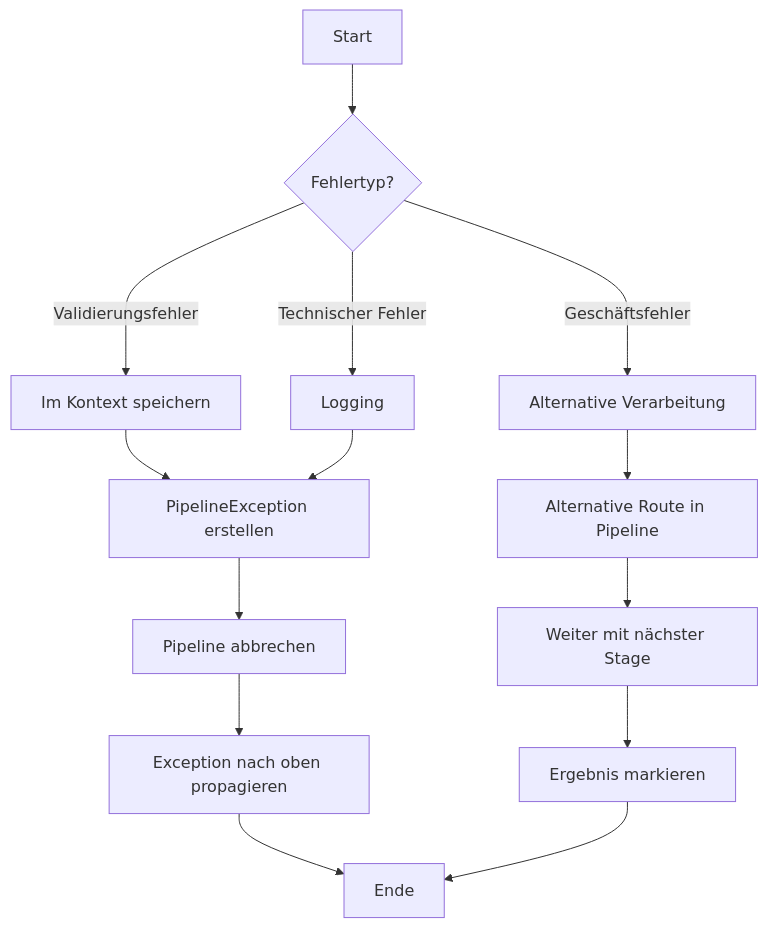
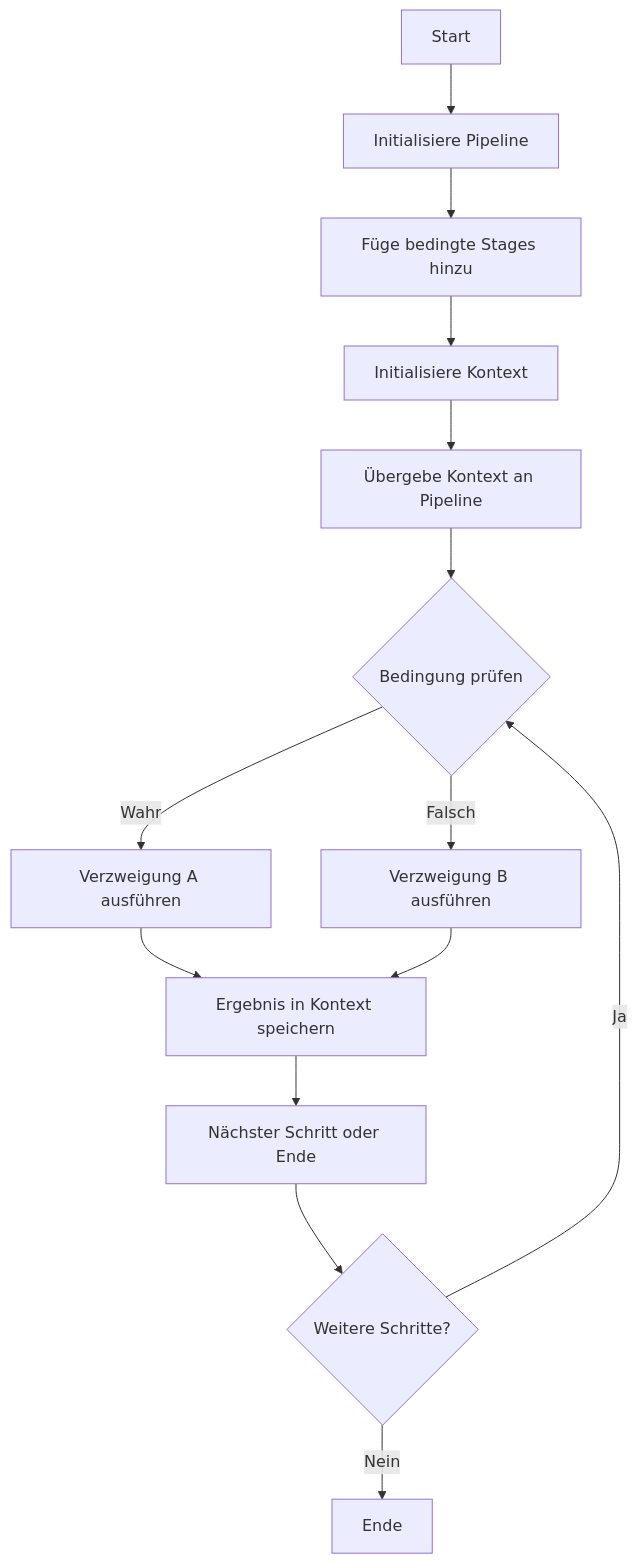
Before and after one commit to scimbe/VS_Pattern_By_KI: diagram 11 of 11 in Pipeline/docs/README.md, drawn with Mermaid. The commit also changed other lines of this file and 19 other files, not shown here.

````diff
--- a/Pipeline/docs/README.md
+++ b/Pipeline/docs/README.md
@@ -434,21 +306,16 @@
 ```mermaid
 flowchart TD
-    A[Start] --> B{Fehlertyp?}
-    
-    B ---> |Validierungsfehler| C[Im Kontext speichern]
-    B ---> |Technischer Fehler| D[Logging]
-    B ---> |Geschäftsfehler| E[Alternative Verarbeitung]
-    
-    C --> F[PipelineException erstellen]
-    D --> F
-    E --> G[Alternative Route in Pipeline]
-    
-    F --> H[Pipeline abbrechen]
-    G --> I[Weiter mit nächster Stage]
-    
-    H --> J[Exception nach oben propagieren]
-    I --> K[Ergebnis markieren]
-    
-    J --> L[Ende]
-    K --> L
+    A[Start] --> B[Initialisiere Pipeline]
+    B --> C[Füge bedingte Stages hinzu]
+    C --> D[Initialisiere Kontext]
+    D --> E[Übergebe Kontext an Pipeline]
+    E --> F{Bedingung prüfen}
+    F -->|Wahr| G[Verzweigung A ausführen]
+    F -->|Falsch| H[Verzweigung B ausführen]
+    G --> I[Ergebnis in Kontext speichern]
+    H --> I
+    I --> J[Nächster Schritt oder Ende]
+    J --> K{Weitere Schritte?}
+    K -->|Ja| F
+    K -->|Nein| L[Ende]
 ```
````
